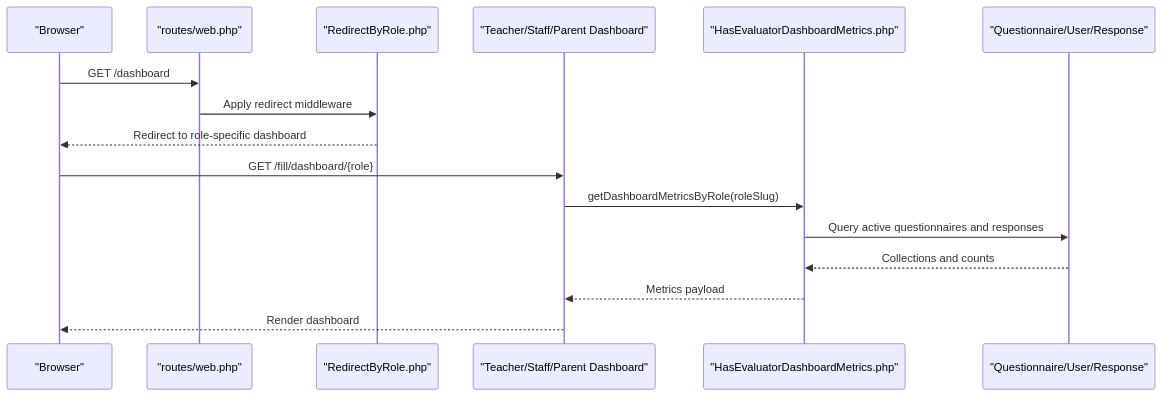
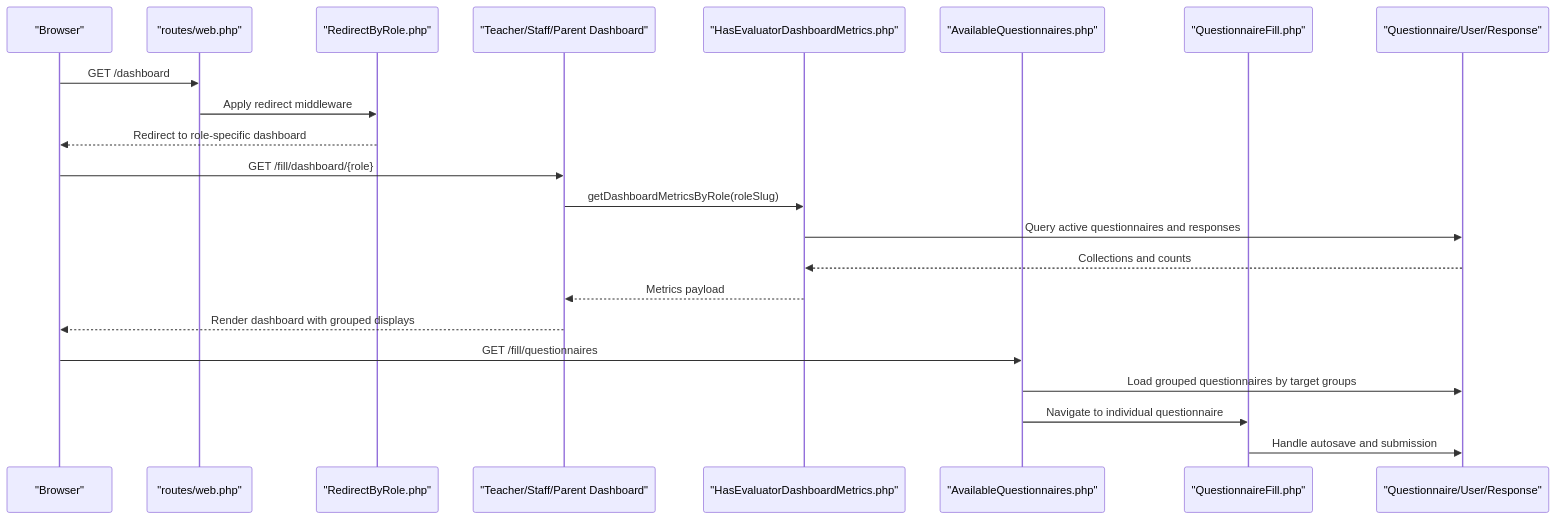
Before and after one commit to rudicatsmile/assesment360: the second of 7 diagrams in .qoder/repowiki/en/content/Core Features/Evaluation Workflows/Evaluation Workflows.md, drawn with Mermaid. The commit also changed other lines of this file and 5 other files, not shown here.

First line of the commit message:
feat(evaluation): enhance questionnaire workflow with grouping, autosave, and validation

````diff
--- a/.qoder/repowiki/en/content/Core Features/Evaluation Workflows/Evaluation Workflows.md
+++ b/.qoder/repowiki/en/content/Core Features/Evaluation Workflows/Evaluation Workflows.md
@@ -149,18 +161,24 @@
 ```mermaid
 sequenceDiagram
 participant Browser as "Browser"
 participant Routes as "routes/web.php"
 participant RBAC as "RedirectByRole.php"
 participant Dash as "Teacher/Staff/Parent Dashboard"
 participant Trait as "HasEvaluatorDashboardMetrics.php"
+participant Groups as "AvailableQuestionnaires.php"
+participant Form as "QuestionnaireFill.php"
 participant Models as "Questionnaire/User/Response"
 Browser->>Routes : GET /dashboard
 Routes->>RBAC : Apply redirect middleware
 RBAC-->>Browser : Redirect to role-specific dashboard
 Browser->>Dash : GET /fill/dashboard/{role}
 Dash->>Trait : getDashboardMetricsByRole(roleSlug)
 Trait->>Models : Query active questionnaires and responses
 Models-->>Trait : Collections and counts
 Trait-->>Dash : Metrics payload
-Dash-->>Browser : Render dashboard
+Dash-->>Browser : Render dashboard with grouped displays
+Browser->>Groups : GET /fill/questionnaires
+Groups->>Models : Load grouped questionnaires by target groups
+Groups->>Form : Navigate to individual questionnaire
+Form->>Models : Handle autosave and submission
 ```
````
